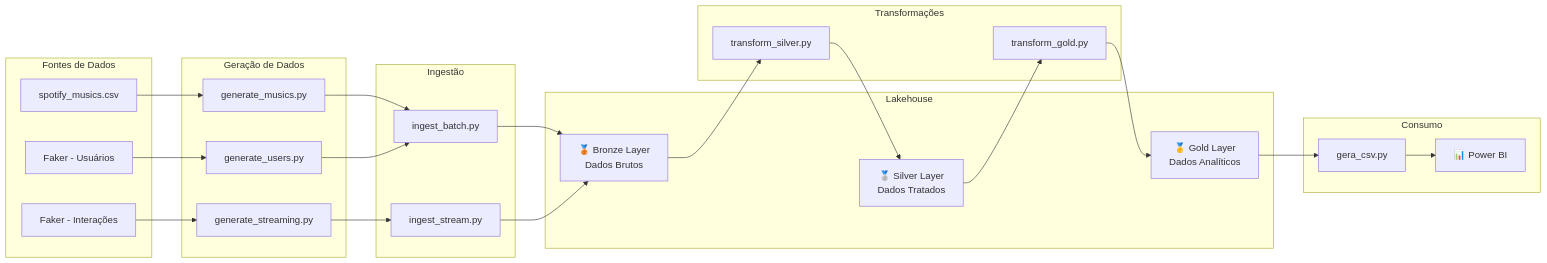
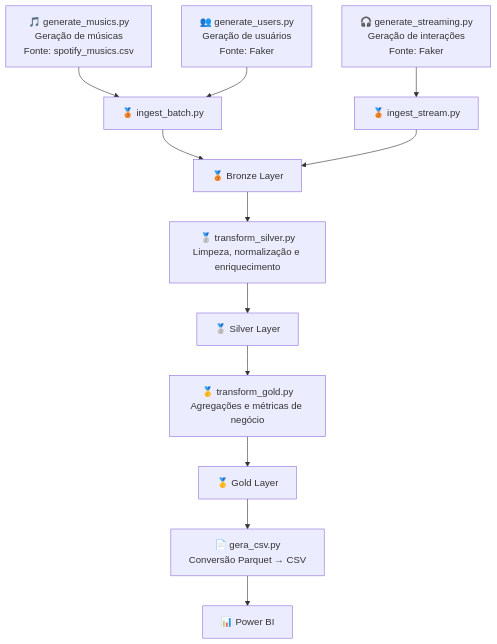
Before and after one commit to GustavoMF-23/ciclo_de_vida_engenharia_de_dados: the second of 2 diagrams in docs/04_arquitetura.md, drawn with Mermaid. The commit also changed other lines of this file, not shown here.

First line of the commit message:
Revise architecture section and data flow details

````diff
--- a/docs/04_arquitetura.md
+++ b/docs/04_arquitetura.md
@@ -5,56 +111,29 @@
 ```mermaid
-flowchart LR
+flowchart TD
 
-subgraph Fontes de Dados
-    A[spotify_musics.csv]
-    B[Faker - Usuários]
-    C[Faker - Interações]
-end
+A[🎵 generate_musics.py<br/>Geração de músicas<br/>Fonte: spotify_musics.csv]
 
-subgraph Geração de Dados
-    D[generate_musics.py]
-    E[generate_users.py]
-    F[generate_streaming.py]
-end
+B[👥 generate_users.py<br/>Geração de usuários<br/>Fonte: Faker]
 
-subgraph Ingestão
-    G[ingest_batch.py]
-    H[ingest_stream.py]
-end
+C[🎧 generate_streaming.py<br/>Geração de interações<br/>Fonte: Faker]
 
-subgraph Lakehouse
-    I[🥉 Bronze Layer<br/>Dados Brutos]
-    J[🥈 Silver Layer<br/>Dados Tratados]
-    K[🥇 Gold Layer<br/>Dados Analíticos]
-end
+A --> D[🥉 ingest_batch.py]
+B --> D
 
-subgraph Transformações
-    L[transform_silver.py]
-    M[transform_gold.py]
-end
+C --> E[🥉 ingest_stream.py]
 
-subgraph Consumo
-    N[gera_csv.py]
-    O[📊 Power BI]
-end
+D --> F[🥉 Bronze Layer]
+E --> F
 
-A --> D
-B --> E
-C --> F
+F --> G[🥈 transform_silver.py<br/>Limpeza, normalização e enriquecimento]
 
-D --> G
-E --> G
-F --> H
+G --> H[🥈 Silver Layer]
 
-G --> I
-H --> I
+H --> I[🥇 transform_gold.py<br/>Agregações e métricas de negócio]
 
-I --> L
-L --> J
+I --> J[🥇 Gold Layer]
 
-J --> M
-M --> K
+J --> K[📄 gera_csv.py<br/>Conversão Parquet → CSV]
 
-K --> N
-N --> O
+K --> L[📊 Power BI]
 ```
````
